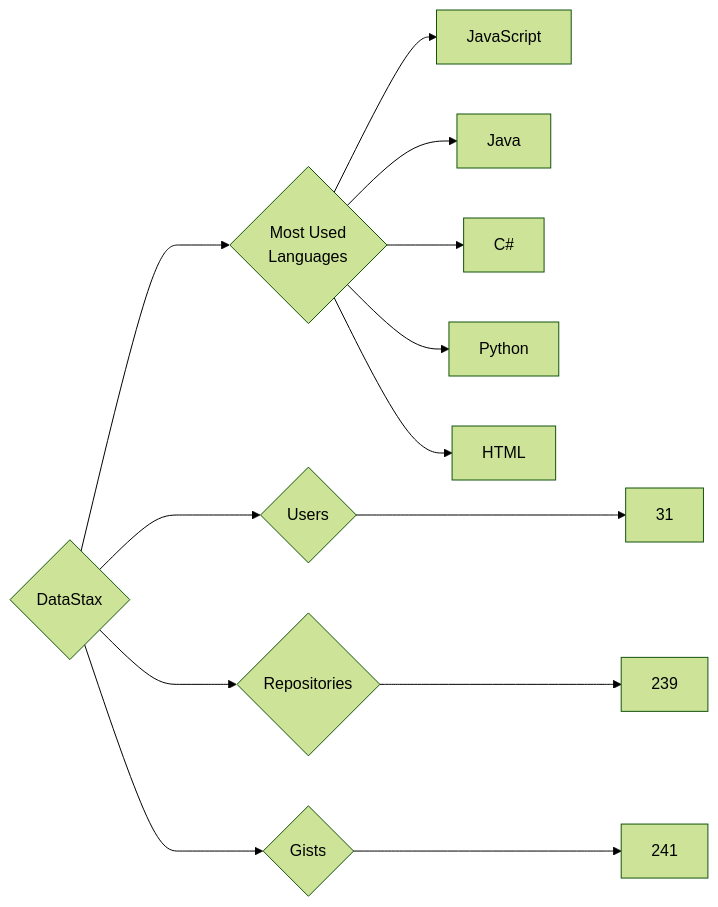
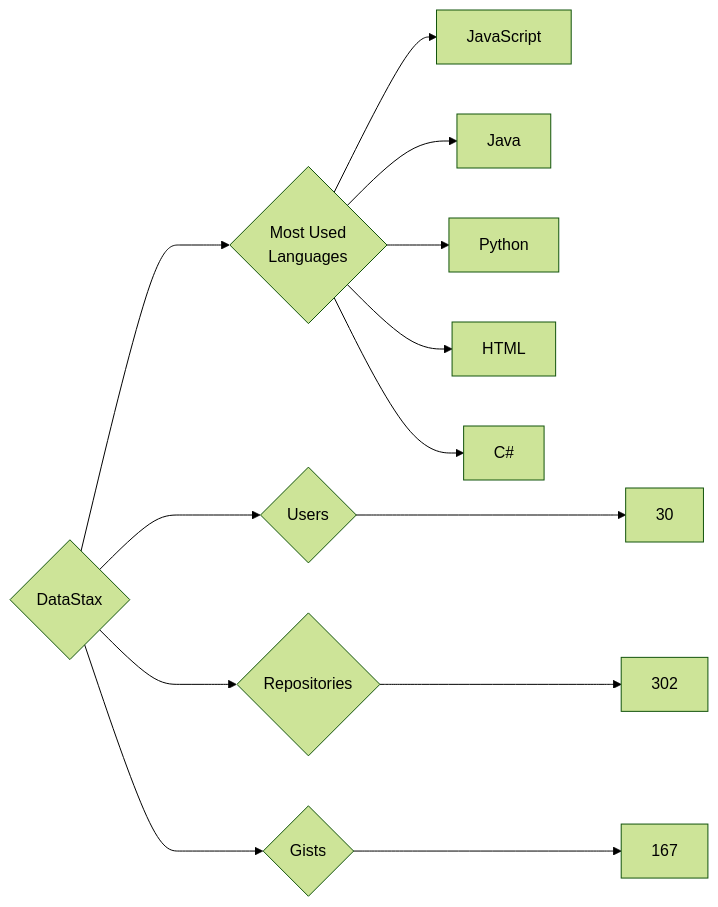
The diagram in targets/DataStax/README.md (trickest/insiders), drawn with Mermaid (forest theme) before and after one commit. The commit also changed 916 other files, not shown here.

````diff
--- a/targets/DataStax/README.md
+++ b/targets/DataStax/README.md
@@ -3,13 +3,13 @@
 ```mermaid
 graph LR
 COMPANY_NAME{DataStax}
-COMPANY_NAME ---> U{Users} ---> UN[31]
-COMPANY_NAME ---> R{Repositories} ---> RN[239]
-COMPANY_NAME ---> G{Gists} ---> GN[241]
+COMPANY_NAME ---> U{Users} ---> UN[30]
+COMPANY_NAME ---> R{Repositories} ---> RN[302]
+COMPANY_NAME ---> G{Gists} ---> GN[167]
 COMPANY_NAME ---> ML{Most Used<br>Languages}
 ML --> JavaScript[JavaScript]
 ML --> Java[Java]
-ML --> C#[C#]
 ML --> Python[Python]
 ML --> HTML[HTML]
+ML --> C#[C#]
 ```
````
